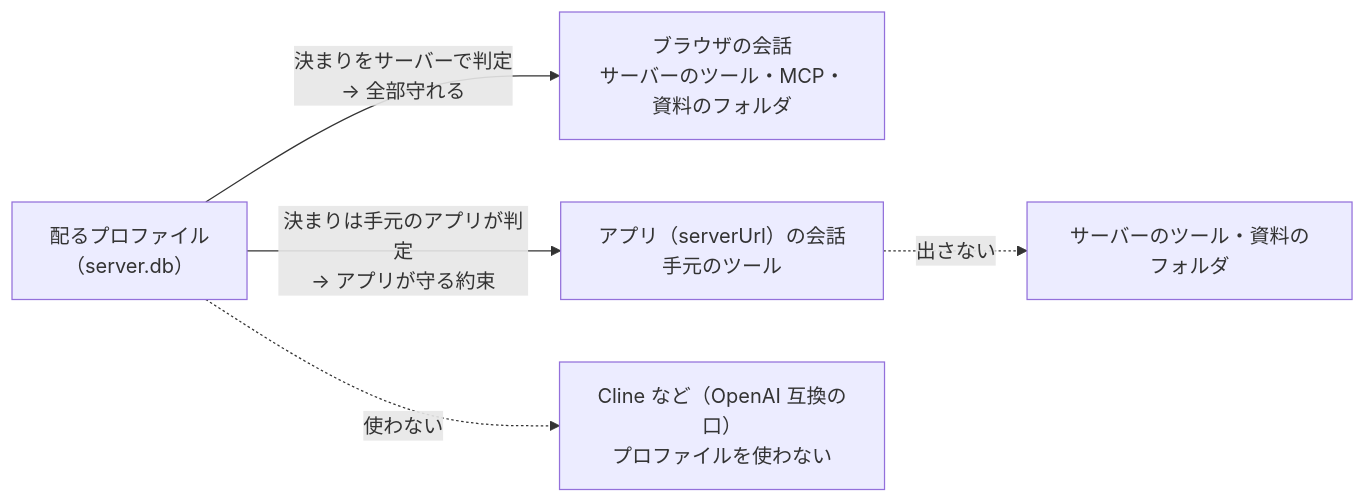
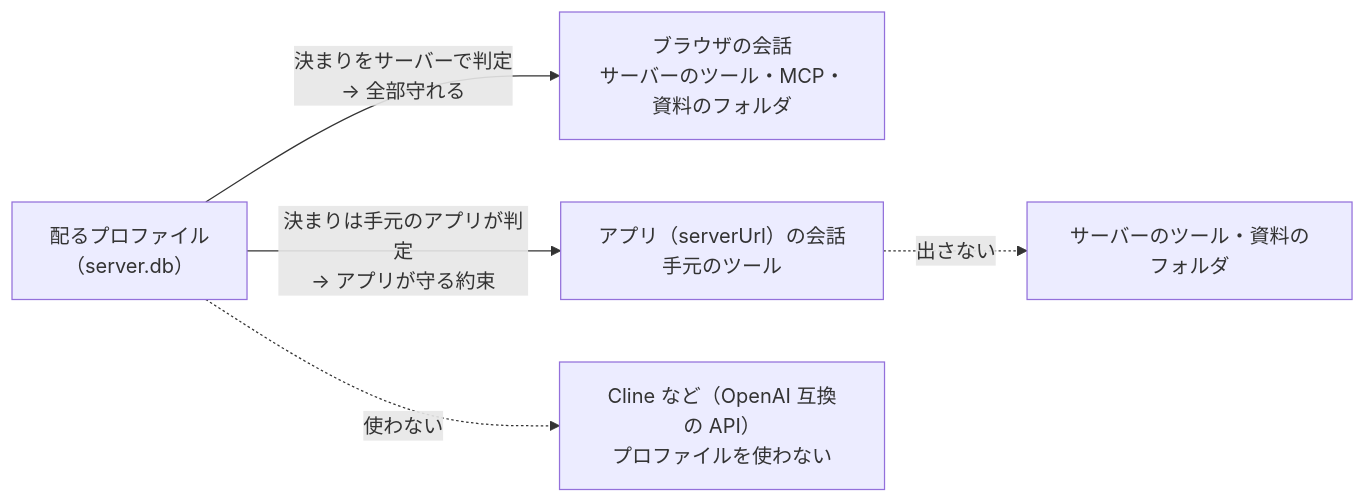
Before and after one commit to secondarykey/aibow: the sixth of 7 diagrams in _docs/diagrams-profiles.md, drawn with Mermaid. The commit also changed 17 other files, not shown here.

````diff
--- a/_docs/diagrams-profiles.md
+++ b/_docs/diagrams-profiles.md
@@ -137,8 +137,8 @@
 ```mermaid
 flowchart LR
   P["配るプロファイル<br/>（server.db）"]
   P -->|"決まりをサーバーで判定<br/>→ 全部守れる"| BR["ブラウザの会話<br/>サーバーのツール・MCP・資料のフォルダ"]
   P -->|"決まりは手元のアプリが判定<br/>→ アプリが守る約束"| APP["アプリ（serverUrl）の会話<br/>手元のツール"]
-  P -.->|"使わない"| CL["Cline など（OpenAI 互換の口）<br/>プロファイルを使わない"]
+  P -.->|"使わない"| CL["Cline など（OpenAI 互換の API）<br/>プロファイルを使わない"]
   APP -.->|"出さない"| SRVT["サーバーのツール・資料のフォルダ"]
 ```
````
